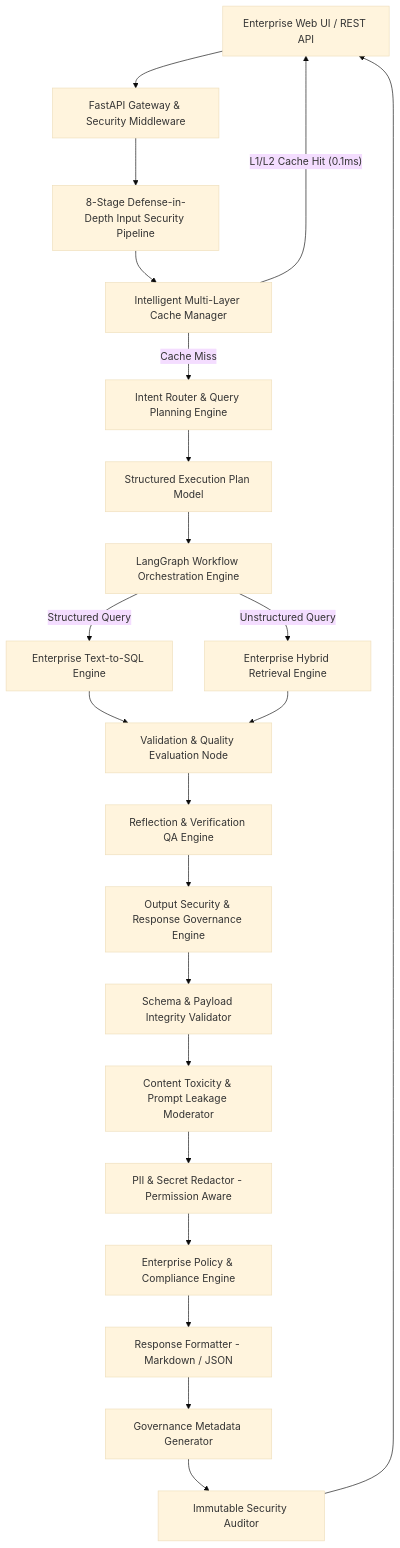
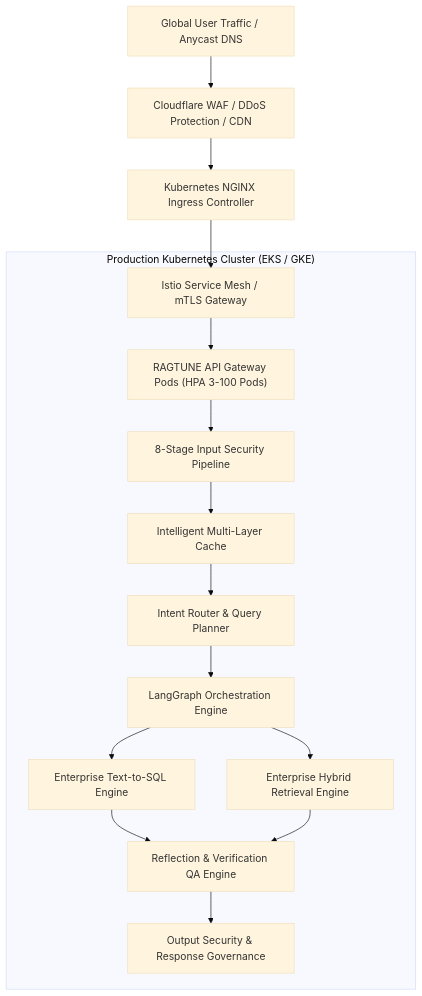
Before and after one commit to sreeram0343/ragtune: the diagram in README.md, drawn with Mermaid (base theme). The commit also changed other lines of this file, not shown here.

Commit message:
docs: update README with production cloud infrastructure, Kubernetes topology, CI/CD pipeline, and diagrams

````diff
--- a/README.md
+++ b/README.md
@@ -49,31 +55,25 @@
 ```mermaid
 graph TD
-    Client[Enterprise Web UI / REST API] --> Gateway[FastAPI Gateway & Security Middleware]
-    Gateway --> SecurityPipeline[8-Stage Defense-in-Depth Input Security Pipeline]
-    SecurityPipeline --> CacheManager[Intelligent Multi-Layer Cache Manager]
+    UserTraffic[Global User Traffic / Anycast DNS] --> Cloudflare[Cloudflare WAF / DDoS Protection / CDN]
     
-    CacheManager -- L1/L2 Cache Hit (0.1ms) --> Client
-    CacheManager -- Cache Miss --> IntentRouter[Intent Router & Query Planning Engine]
+    Cloudflare --> IngressController[Kubernetes NGINX Ingress Controller]
     
-    IntentRouter --> ExecPlan[Structured Execution Plan Model]
-    ExecPlan --> OrchestrationEngine[LangGraph Workflow Orchestration Engine]
+    IngressController --> ServiceMesh[Istio Service Mesh / mTLS Gateway]
     
-    OrchestrationEngine -->|Structured Query| Text2SQL[Enterprise Text-to-SQL Engine]
-    OrchestrationEngine -->|Unstructured Query| HybridRetriever[Enterprise Hybrid Retrieval Engine]
-    
-    Text2SQL --> EvaluationNode[Validation & Quality Evaluation Node]
-    HybridRetriever --> EvaluationNode
-    
-    EvaluationNode --> VerificationEngine[Reflection & Verification QA Engine]
-    VerificationEngine --> OutputGovernance[Output Security & Response Governance Engine]
-    
-    OutputGovernance --> SchemaValidator[Schema & Payload Integrity Validator]
-    SchemaValidator --> Moderator[Content Toxicity & Prompt Leakage Moderator]
-    Moderator --> PIISecretRedactor[PII & Secret Redactor - Permission Aware]
-    PIISecretRedactor --> PolicyEngine[Enterprise Policy & Compliance Engine]
-    PolicyEngine --> Formatter[Response Formatter - Markdown / JSON]
-    Formatter --> MetadataGen[Governance Metadata Generator]
-    MetadataGen --> AuditLog[Immutable Security Auditor]
-    
-    AuditLog --> Client
+    subgraph K8sCluster["Production Kubernetes Cluster (EKS / GKE)"]
+        ServiceMesh --> APIPods["RAGTUNE API Gateway Pods (HPA 3-100 Pods)"]
+        
+        APIPods --> SecurityPipeline[8-Stage Input Security Pipeline]
+        SecurityPipeline --> CacheManager[Intelligent Multi-Layer Cache]
+        CacheManager --> IntentRouter[Intent Router & Query Planner]
+        IntentRouter --> LangGraphOrchestrator[LangGraph Orchestration Engine]
+        
+        LangGraphOrchestrator --> Text2SQL[Enterprise Text-to-SQL Engine]
+        LangGraphOrchestrator --> HybridRetriever[Enterprise Hybrid Retrieval Engine]
+        
+        Text2SQL --> VerificationEngine[Reflection & Verification QA Engine]
+        HybridRetriever --> VerificationEngine
+        
+        VerificationEngine --> OutputGovernance[Output Security & Response Governance]
+    end
 ```
````
